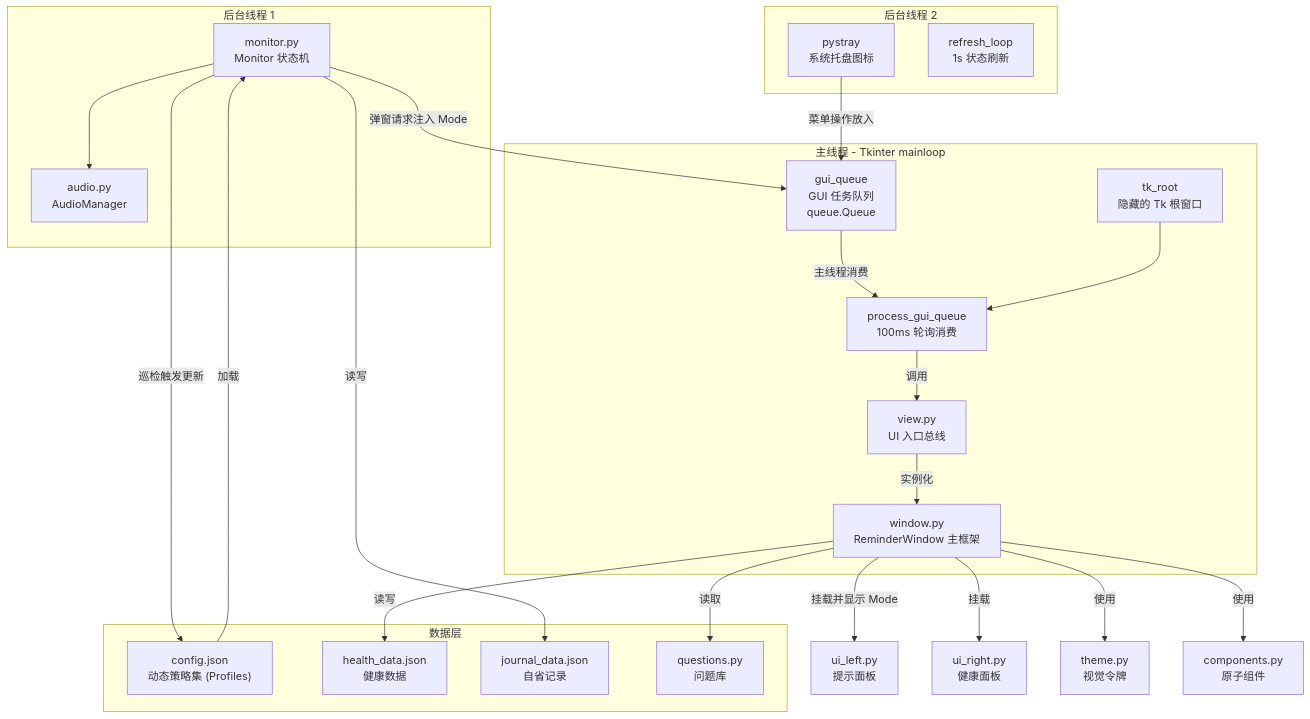
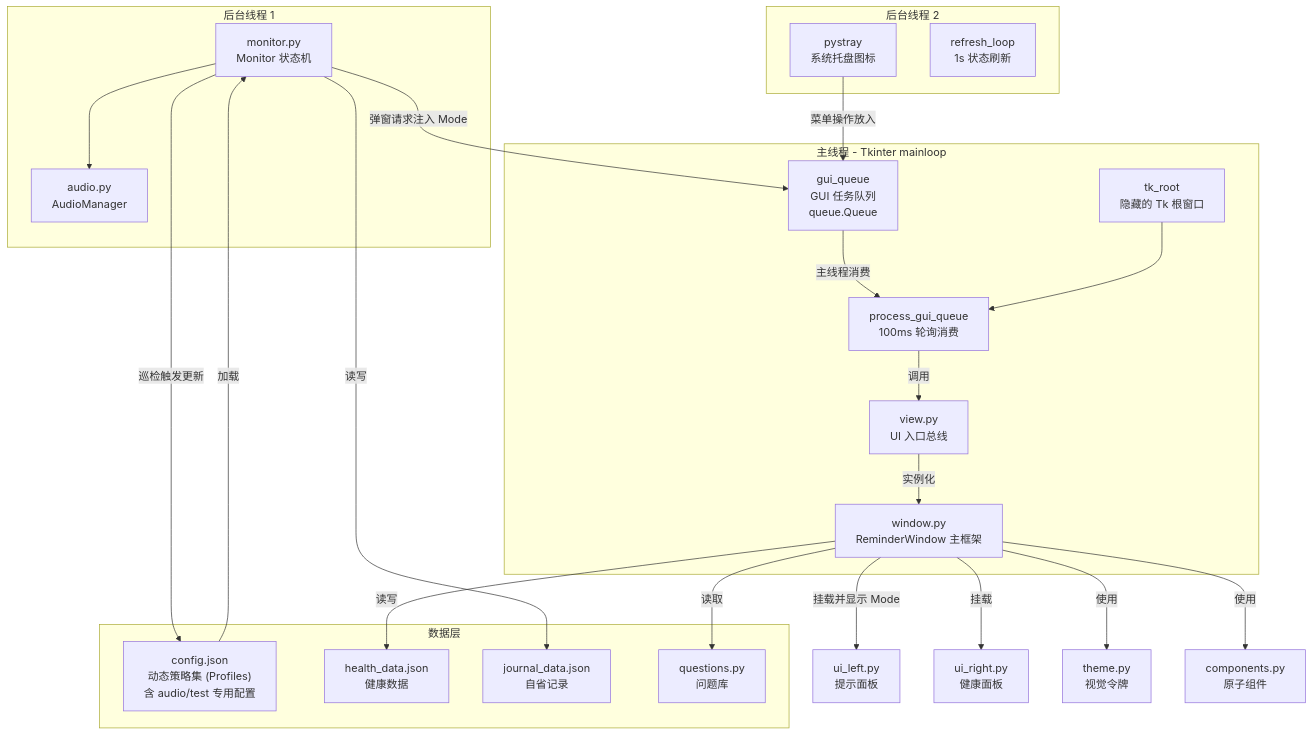
Before and after one commit to YellowDragonLive/work_health: the diagram in ARCHITECTURE.md, drawn with Mermaid. The commit also changed other lines of this file and 7 other files, not shown here.

Commit message:
feat: implement multi-track scenario audio and decouple test configurations (v1.5)

````diff
--- a/ARCHITECTURE.md
+++ b/ARCHITECTURE.md
@@ -26,44 +26,44 @@
 ```mermaid
 graph TB
     subgraph "主线程 - Tkinter mainloop"
         TK_ROOT["tk_root<br>隐藏的 Tk 根窗口"]
         GUI_QUEUE["gui_queue<br>GUI 任务队列<br>queue.Queue"]
         PROCESS_LOOP["process_gui_queue<br>100ms 轮询消费"]
         VIEW["view.py<br>UI 入口总线"]
         WINDOW["window.py<br>ReminderWindow 主框架"]
     end
     
     subgraph "后台线程 1"
         MONITOR["monitor.py<br>Monitor 状态机"]
         AUDIO["audio.py<br>AudioManager"]
     end
     
     subgraph "后台线程 2"
         TRAY["pystray<br>系统托盘图标"]
         REFRESH["refresh_loop<br>1s 状态刷新"]
     end
     
     subgraph "数据层"
-        CONFIG["config.json<br>动态策略集 (Profiles)"]
+        CONFIG["config.json<br>动态策略集 (Profiles)<br>含 audio/test 专用配置"]
         HEALTH["health_data.json<br>健康数据"]
         JOURNAL["journal_data.json<br>自省记录"]
         QUESTIONS["questions.py<br>问题库"]
     end
 
     TRAY -->|菜单操作放入| GUI_QUEUE
     MONITOR -->|巡检触发更新| CONFIG
     MONITOR -->|弹窗请求注入 Mode| GUI_QUEUE
     GUI_QUEUE -->|主线程消费| PROCESS_LOOP
     PROCESS_LOOP -->|调用| VIEW
     VIEW -->|实例化| WINDOW
     WINDOW -->|挂载并显示 Mode| UI_LEFT["ui_left.py<br>提示面板"]
     WINDOW -->|挂载| UI_RIGHT["ui_right.py<br>健康面板"]
     WINDOW -->|使用| THEME["theme.py<br>视觉令牌"]
     WINDOW -->|使用| COMPONENTS["components.py<br>原子组件"]
     MONITOR --> AUDIO
     MONITOR -->|读写| JOURNAL
     WINDOW -->|读写| HEALTH
     WINDOW -->|读取| QUESTIONS
     CONFIG -->|加载| MONITOR
     TK_ROOT --> PROCESS_LOOP
 ```
````
